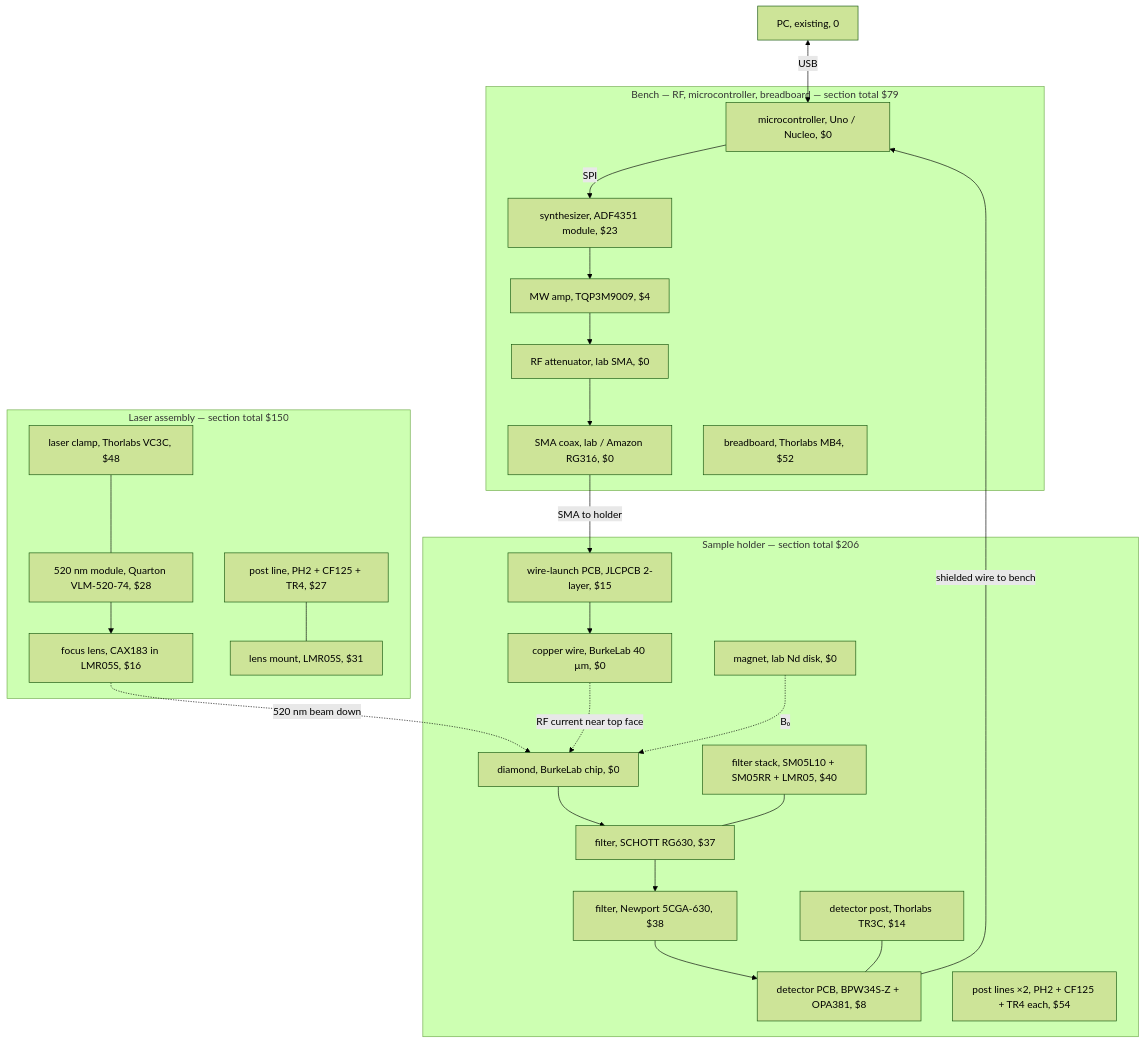
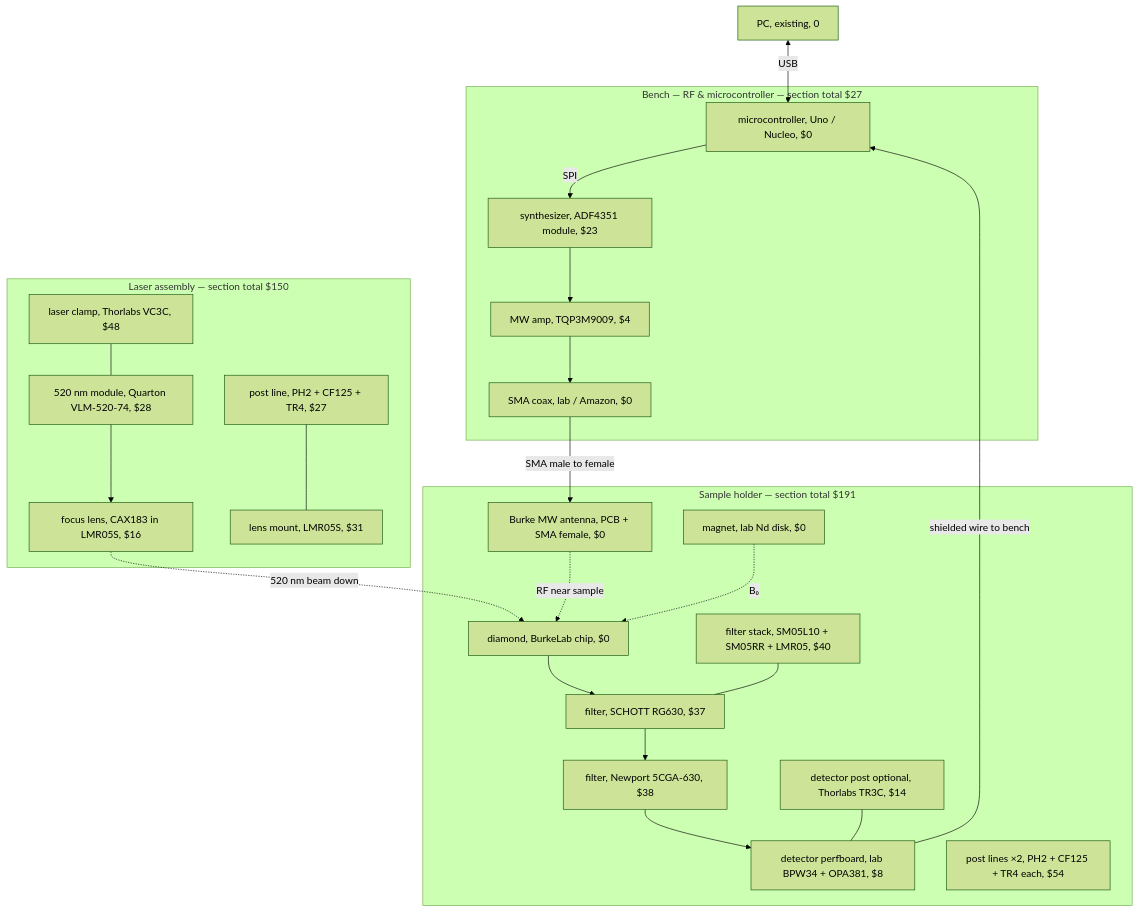
One commit to apoolla114/easy_qubit changed the second of 2 diagrams in misc/diagrams/parts_diagram_cost.md. Above: the diagram before and after it, drawn with Mermaid (forest theme). The commit also changed other lines of this file and 4 other files, not shown here.

Commit message:
updating diagram to match actual orders

````diff
--- a/misc/diagrams/parts_diagram_cost.md
+++ b/misc/diagrams/parts_diagram_cost.md
@@ -77,50 +77,46 @@
 ```mermaid
 flowchart TB
     PC["PC, existing, 0"]
 
-    subgraph BENCH ["Bench — RF, microcontroller, breadboard — section total $79"]
+    subgraph BENCH ["Bench — RF & microcontroller — section total $27"]
         CTL["microcontroller, Uno / Nucleo, $0"]
         SYN["synthesizer, ADF4351 module, $23"]
         AMP["MW amp, TQP3M9009, $4"]
-        ATT["RF attenuator, lab SMA, $0"]
-        COAX["SMA coax, lab / Amazon RG316, $0"]
-        MB4["breadboard, Thorlabs MB4, $52"]
+        COAX["SMA coax, lab / Amazon, $0"]
         CTL -->|SPI| SYN
-        SYN --> AMP --> ATT --> COAX
+        SYN --> AMP --> COAX
     end
 
     subgraph LASERASM ["Laser assembly — section total $150"]
         LASER["520 nm module, Quarton VLM-520-74, $28"]
         L2["focus lens, CAX183 in LMR05S, $16"]
         VC3C["laser clamp, Thorlabs VC3C, $48"]
         POST_L["post line, PH2 + CF125 + TR4, $27"]
         LMR05S["lens mount, LMR05S, $31"]
         LASER --> L2
         VC3C --- LASER
         POST_L --- LMR05S
     end
 
-    subgraph HOLDER ["Sample holder — section total $206"]
+    subgraph HOLDER ["Sample holder — section total $191"]
         DIA["diamond, BurkeLab chip, $0"]
         LP1["filter, SCHOTT RG630, $37"]
         LP2["filter, Newport 5CGA-630, $38"]
         SM05["filter stack, SM05L10 + SM05RR + LMR05, $40"]
-        DETPCB["detector PCB, BPW34S-Z + OPA381, $8"]
-        TR3C["detector post, Thorlabs TR3C, $14"]
-        WPCB["wire-launch PCB, JLCPCB 2-layer, $15"]
-        WIRE["copper wire, BurkeLab 40 µm, $0"]
+        DETPCB["detector perfboard, lab BPW34 + OPA381, $8"]
+        ANT["Burke MW antenna, PCB + SMA female, $0"]
         MAG["magnet, lab Nd disk, $0"]
         POST_H["post lines ×2, PH2 + CF125 + TR4 each, $54"]
+        TR3C["detector post optional, Thorlabs TR3C, $14"]
         DIA --> LP1 --> LP2 --> DETPCB
-        WPCB --> WIRE
         SM05 --- LP1
         TR3C --- DETPCB
     end
 
     PC <-->|USB| CTL
-    COAX -->|SMA to holder| WPCB
-    WIRE -.->|RF current near top face| DIA
+    COAX -->|SMA male to female| ANT
+    ANT -.->|RF near sample| DIA
     L2 -.->|520 nm beam down| DIA
     MAG -.->|B₀| DIA
     DETPCB -->|shielded wire to bench| CTL
 ```
````
